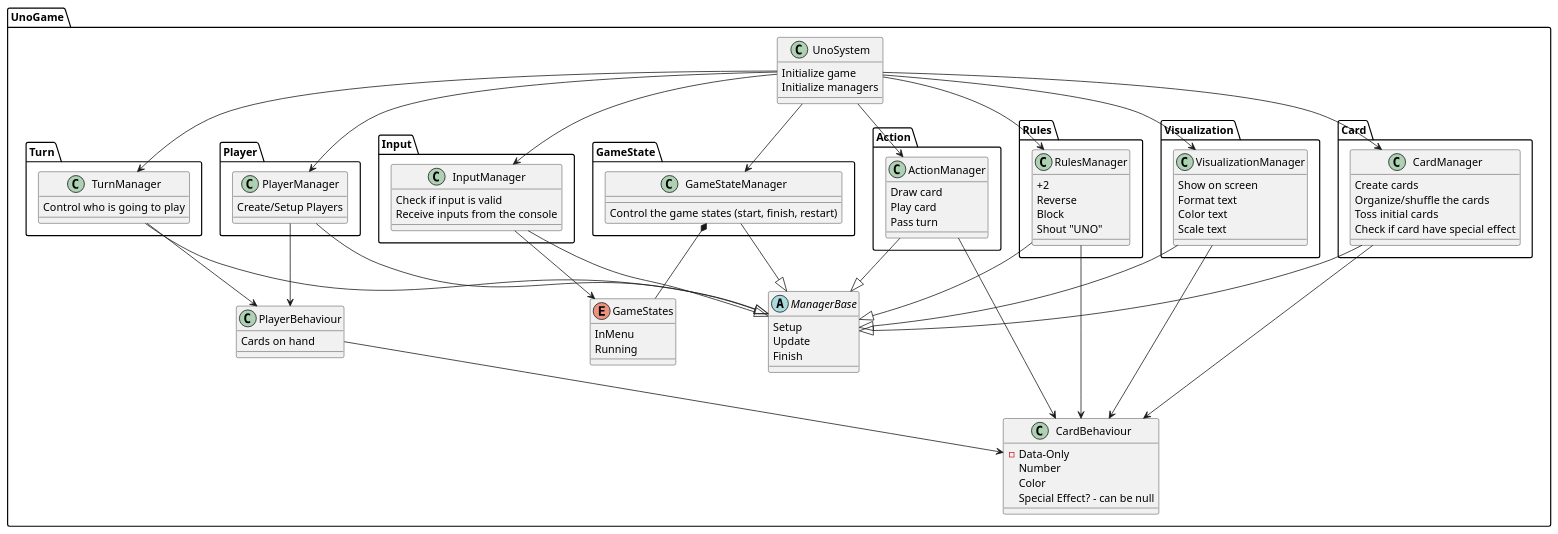
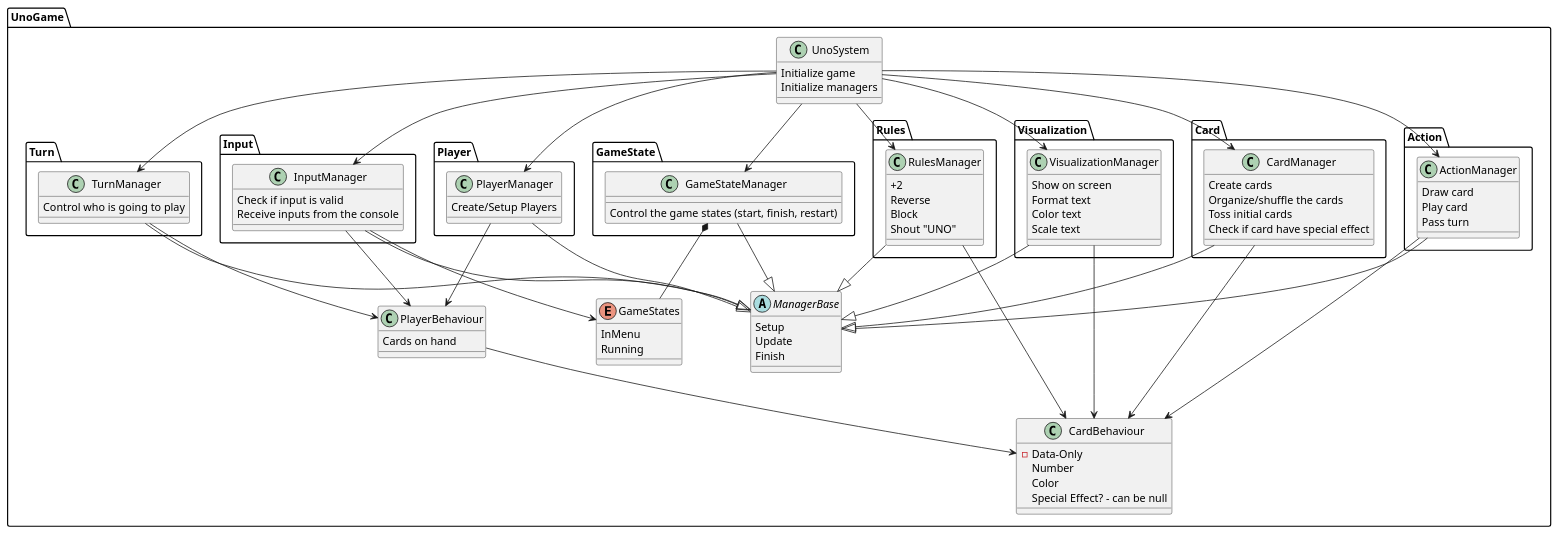
The diagram in UnoGame/Docs/Idea Diagram.puml (caiovini980/UnoGame), drawn with PlantUML before and after one commit. The commit also changed 3 other files, not shown here.

```diff
--- a/UnoGame/Docs/Idea Diagram.puml
+++ b/UnoGame/Docs/Idea Diagram.puml
@@ -1,170 +1,171 @@
 @startuml
 'https://plantuml.com/sequence-diagram
 
 'SYSTEMS'
 package UnoGame
 {
     'ABSTRACTS'
     abstract class ManagerBase
     {
         Setup
         Update
         Finish
     }
     
     class UnoSystem
     {
         Initialize game
         Initialize managers
     }
     
     class CardBehaviour
     {
         - Data-Only
         Number
         Color
         Special Effect? - can be null
     }
     
     class PlayerBehaviour
     {
         Cards on hand
     }
     
     'INTERFACES'
     
     'ENUMS'
     enum GameStates
     {
         InMenu
         Running
     }
     
     'MANAGERS'
     package GameState
     {
         class GameStateManager
         {
             Control the game states (start, finish, restart)
         }
     }
     
     package Card
     {
         class CardManager
         {
             Create cards
             Organize/shuffle the cards
             Toss initial cards
             Check if card have special effect
         }
     }
     
     package Turn
     {
         class TurnManager
         {
             Control who is going to play
         }
     }
     
     package Action
     {
         class ActionManager
         {
             Draw card
             Play card
             Pass turn
         }
     }
     
     package Player
     {
         class PlayerManager
         {
             Create/Setup Players
         }
         
         
     }   
     
     package Rules
     {
         class RulesManager
         {
             +2
             Reverse
             Block
             Shout "UNO"
         }
     }  
     
     package Input
     {
         class InputManager
         {
             Check if input is valid
             Receive inputs from the console
         } 
     }
            
     package Visualization
     {
         class VisualizationManager
         {
             Show on screen
             Format text
             Color text
             Scale text
         }
     }
     
     'UTILS'
 '    package Utils
 '    {
 '        class TimerHandler
 '        {
 '            Create timer 
 '            Notify when timer finished
 '        }
 '    }
     
     'RELATIONS'
     'Parent - Child'
     GameStateManager --|> ManagerBase
     CardManager --|> ManagerBase
     TurnManager --|> ManagerBase
     ActionManager --|> ManagerBase
     InputManager --|> ManagerBase
     PlayerManager --|> ManagerBase
     RulesManager --|> ManagerBase
     VisualizationManager --|> ManagerBase
     
     'System - Managers'
     UnoSystem --> GameStateManager
     UnoSystem --> CardManager
     UnoSystem --> TurnManager
     UnoSystem --> ActionManager
     UnoSystem --> InputManager
     UnoSystem --> PlayerManager
     UnoSystem --> RulesManager
     UnoSystem --> VisualizationManager
     
     'A "has instance of" B. B cant live without A'
     GameStateManager *-- GameStates
     
     'Interfaces'
     
     'A "has instance of" B. B can live without A'
     CardManager --> CardBehaviour
     PlayerManager --> PlayerBehaviour
     PlayerBehaviour --> CardBehaviour
     ActionManager --> CardBehaviour
     RulesManager --> CardBehaviour
     TurnManager --> PlayerBehaviour
     VisualizationManager --> CardBehaviour
     InputManager --> GameStates
+    InputManager --> PlayerBehaviour
 }
 
 
 @enduml
```
